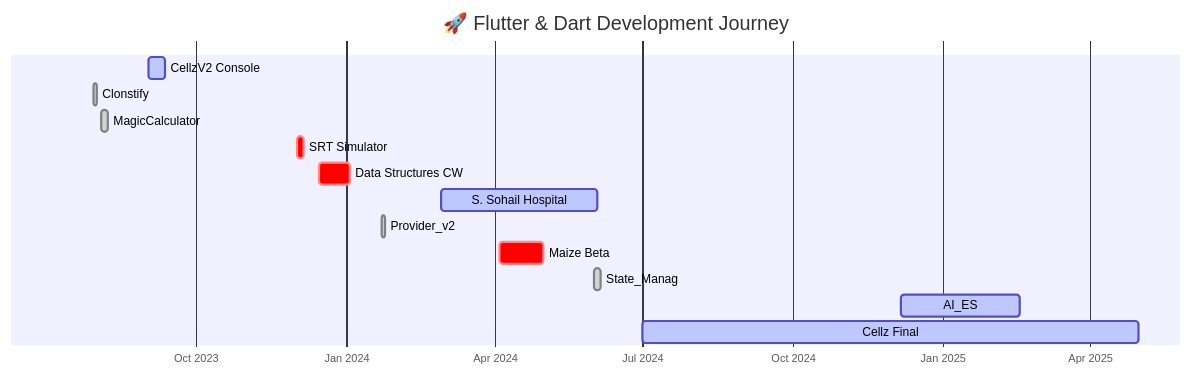
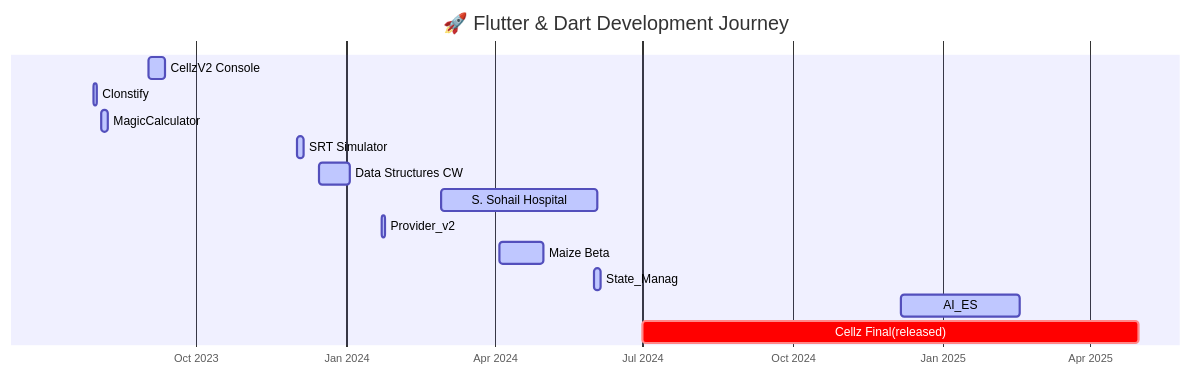
One commit to HaseebKahn365/public-cellz-final-repo changed the diagram in cv stuff/cv.md. Above: the diagram before and after it, drawn with Mermaid. The commit also changed other lines of this file and 1 other file, not shown here.

````diff
--- a/cv stuff/cv.md
+++ b/cv stuff/cv.md
@@ -44,18 +44,18 @@
 ```mermaid
 gantt
   title 🚀 Flutter & Dart Development Journey
   dateFormat  YYYY-MM-DD
   axisFormat %b %Y
   
   CellzV2 Console        :active, a2, 2023-09-02, 10d
-  Clonstify              :done, a4, 2023-07-30, 2d
-  MagicCalculator        :done, a5, 2023-08-04, 4d
-  SRT Simulator          :crit, b1, 2023-12-02, 4d
-  Data Structures CW     :crit, b2, 2023-12-15, 2024-01-03
+  Clonstify              :active, a4, 2023-07-30, 2d
+  MagicCalculator        :active, a5, 2023-08-04, 4d
+  SRT Simulator          :active, b1, 2023-12-02, 4d
+  Data Structures CW     :active, b2, 2023-12-15, 2024-01-03
   S. Sohail Hospital     :active, c1, 2024-02-28, 2024-06-03
-  Provider_v2            :done, c2, 2024-01-23, 2d
-  Maize Beta             :crit, c3, 2024-04-04, 2024-05-01
-  State_Manag            :done, c4, 2024-06-01, 4d
+  Provider_v2            :active, c2, 2024-01-23, 2d
+  Maize Beta             :active, c3, 2024-04-04, 2024-05-01
+  State_Manag            :active, c4, 2024-06-01, 4d
   AI_ES                 :active, c5, 2024-12-06, 2025-02-17
-  Cellz Final            :active, c5, 2024-07-01, 2025-05-01
+  Cellz Final(released)            :crit, c5, 2024-07-01, 2025-05-01
 ```
````
